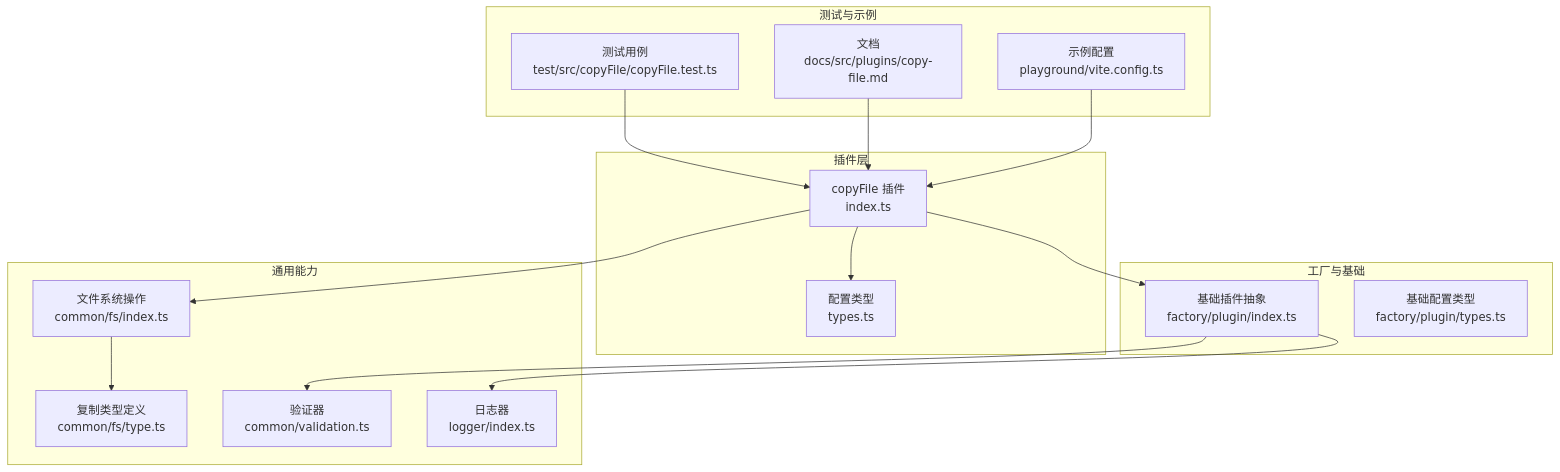
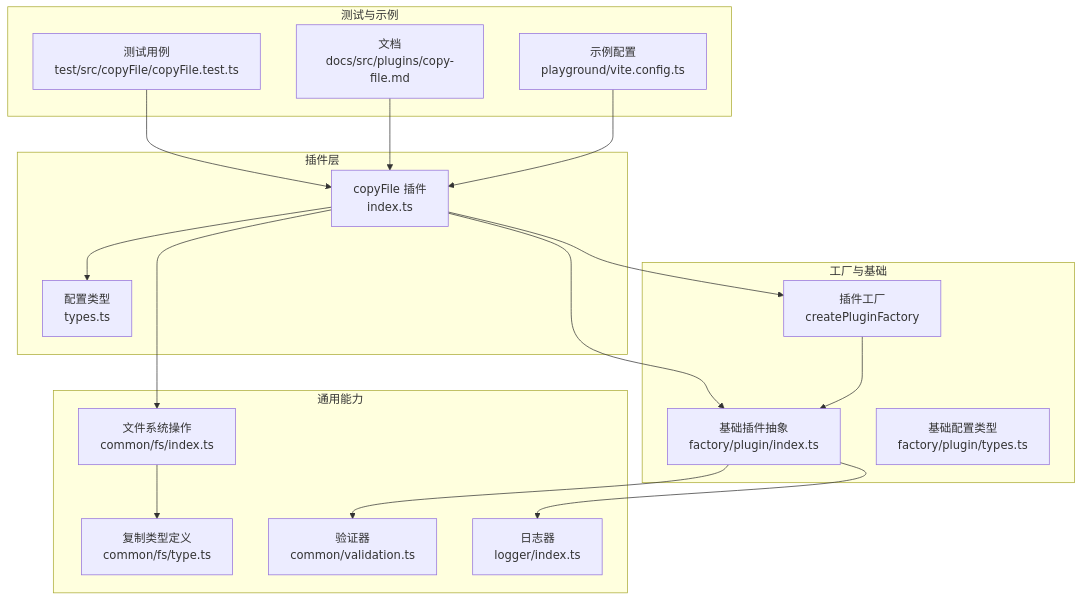
One commit to MengXi-Studio/vite-plugin changed the first of 5 diagrams in .qoder/repowiki/zh/content/核心插件/文件复制插件 (copyFile).md. Above: the diagram before and after it, drawn with Mermaid. The commit also changed other lines of this file and 5 other files, not shown here.

````diff
--- a/.qoder/repowiki/zh/content/核心插件/文件复制插件 (copyFile).md
+++ b/.qoder/repowiki/zh/content/核心插件/文件复制插件 (copyFile).md
@@ -45,31 +53,34 @@
 ```mermaid
 graph TB
 subgraph "插件层"
 CF["copyFile 插件<br/>index.ts"]
 CFT["配置类型<br/>types.ts"]
 end
 subgraph "通用能力"
 FS["文件系统操作<br/>common/fs/index.ts"]
 FST["复制类型定义<br/>common/fs/type.ts"]
 VF["验证器<br/>common/validation.ts"]
 LG["日志器<br/>logger/index.ts"]
 end
 subgraph "工厂与基础"
 BP["基础插件抽象<br/>factory/plugin/index.ts"]
 BPT["基础配置类型<br/>factory/plugin/types.ts"]
+PF["插件工厂<br/>createPluginFactory"]
 end
 subgraph "测试与示例"
 TT["测试用例<br/>test/src/copyFile/copyFile.test.ts"]
 DOC["文档<br/>docs/src/plugins/copy-file.md"]
 PG["示例配置<br/>playground/vite.config.ts"]
 end
 CF --> FS
 CF --> BP
+CF --> PF
 CF --> CFT
 FS --> FST
 BP --> VF
 BP --> LG
+PF --> BP
 TT --> CF
 DOC --> CF
 PG --> CF
 ```
````
